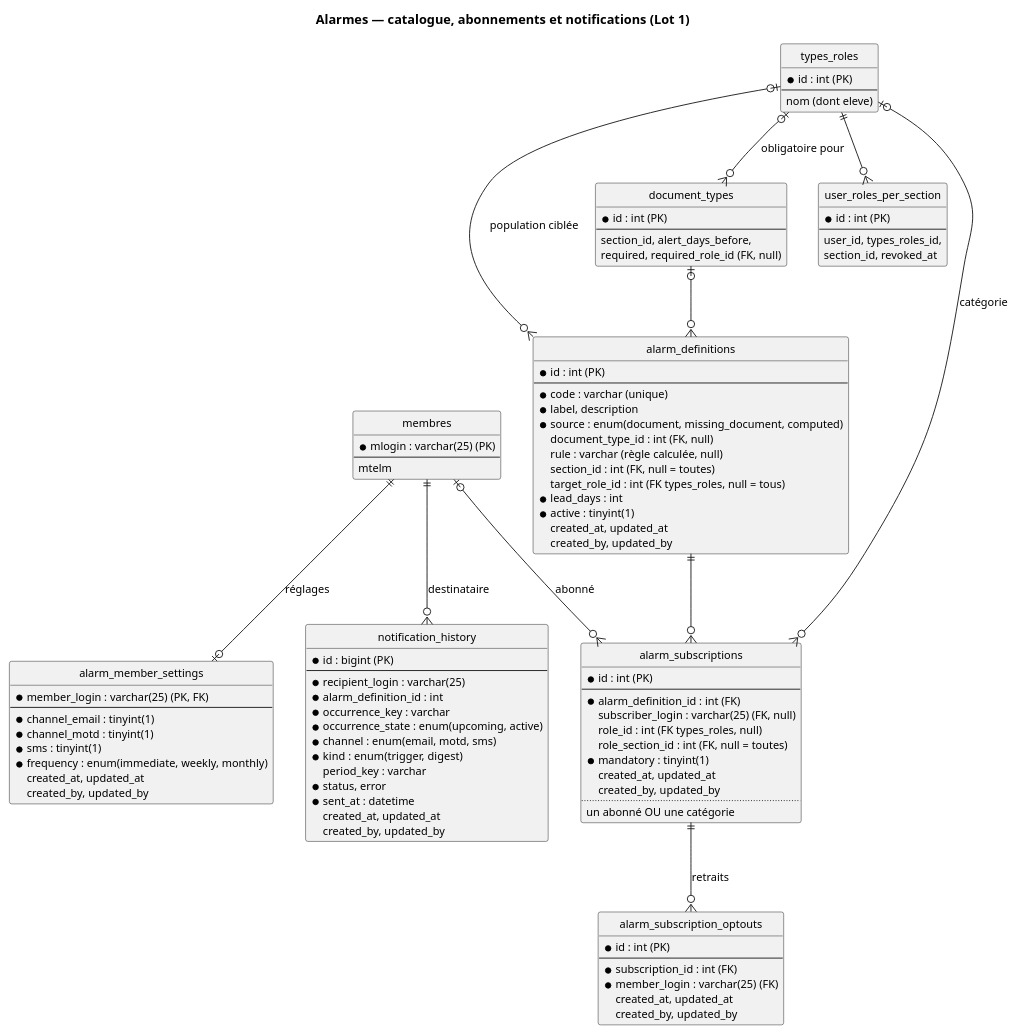
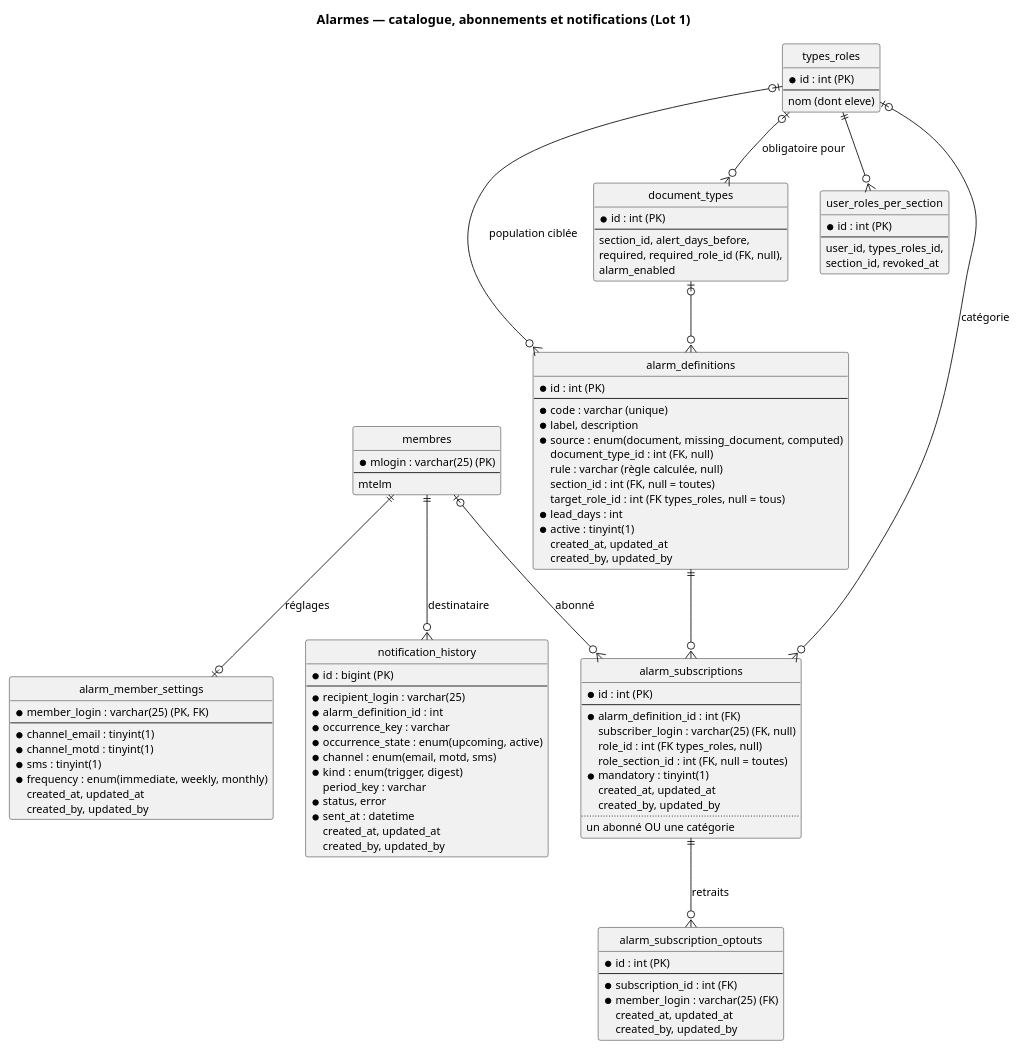
Before and after one commit to flub78/gvv: the diagram in doc/design_notes/diagrams/abonnements_alarmes.puml, drawn with PlantUML. The commit also changed 14 other files, not shown here.

```diff
--- a/doc/design_notes/diagrams/abonnements_alarmes.puml
+++ b/doc/design_notes/diagrams/abonnements_alarmes.puml
@@ -1,111 +1,112 @@
 @startuml abonnements_alarmes
 skinparam backgroundColor white
 skinparam defaultFontSize 12
 hide circle
 hide methods
 
 title Alarmes — catalogue, abonnements et notifications (Lot 1)
 
 entity alarm_definitions {
   * id : int (PK)
   --
   * code : varchar (unique)
   * label, description
   * source : enum(document, missing_document, computed)
   document_type_id : int (FK, null)
   rule : varchar (règle calculée, null)
   section_id : int (FK, null = toutes)
   target_role_id : int (FK types_roles, null = tous)
   * lead_days : int
   * active : tinyint(1)
   created_at, updated_at
   created_by, updated_by
 }
 
 entity alarm_subscriptions {
   * id : int (PK)
   --
   * alarm_definition_id : int (FK)
   subscriber_login : varchar(25) (FK, null)
   role_id : int (FK types_roles, null)
   role_section_id : int (FK, null = toutes)
   * mandatory : tinyint(1)
   created_at, updated_at
   created_by, updated_by
   ..
   un abonné OU une catégorie
 }
 
 entity alarm_subscription_optouts {
   * id : int (PK)
   --
   * subscription_id : int (FK)
   * member_login : varchar(25) (FK)
   created_at, updated_at
   created_by, updated_by
 }
 
 entity alarm_member_settings {
   * member_login : varchar(25) (PK, FK)
   --
   * channel_email : tinyint(1)
   * channel_motd : tinyint(1)
   * sms : tinyint(1)
   * frequency : enum(immediate, weekly, monthly)
   created_at, updated_at
   created_by, updated_by
 }
 
 entity notification_history {
   * id : bigint (PK)
   --
   * recipient_login : varchar(25)
   * alarm_definition_id : int
   * occurrence_key : varchar
   * occurrence_state : enum(upcoming, active)
   * channel : enum(email, motd, sms)
   * kind : enum(trigger, digest)
   period_key : varchar
   * status, error
   * sent_at : datetime
   created_at, updated_at
   created_by, updated_by
 }
 
 entity membres {
   * mlogin : varchar(25) (PK)
   --
   mtelm
 }
 
 entity types_roles {
   * id : int (PK)
   --
   nom (dont eleve)
 }
 
 entity user_roles_per_section {
   * id : int (PK)
   --
   user_id, types_roles_id,
   section_id, revoked_at
 }
 
 entity document_types {
   * id : int (PK)
   --
   section_id, alert_days_before,
-  required, required_role_id (FK, null)
+  required, required_role_id (FK, null),
+  alarm_enabled
 }
 
 alarm_definitions ||--o{ alarm_subscriptions
 document_types |o--o{ alarm_definitions
 alarm_subscriptions ||--o{ alarm_subscription_optouts : retraits
 membres |o--o{ alarm_subscriptions : abonné
 types_roles |o--o{ alarm_subscriptions : catégorie
 membres ||--o| alarm_member_settings : réglages
 membres ||--o{ notification_history : destinataire
 types_roles ||--o{ user_roles_per_section
 types_roles |o--o{ document_types : obligatoire pour
 types_roles |o--o{ alarm_definitions : population ciblée
 @enduml
```
